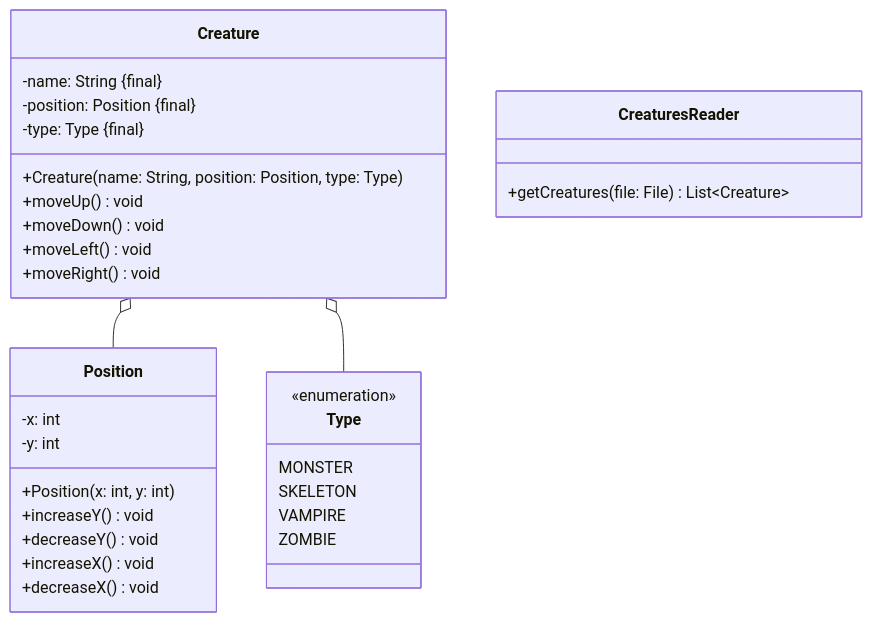
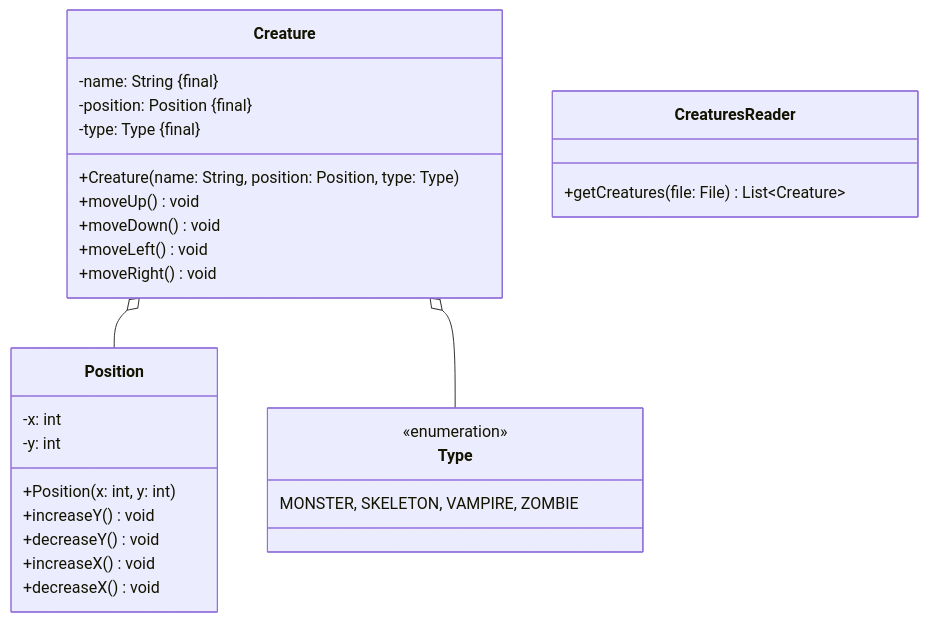
One commit to jappuccini/java-docs changed the diagram in docs/exam-exercises/exam-exercises-java1/class-diagrams/creature.md. Above: the diagram before and after it, drawn with Mermaid. The commit also changed 6 other files, not shown here.

````diff
--- a/docs/exam-exercises/exam-exercises-java1/class-diagrams/creature.md
+++ b/docs/exam-exercises/exam-exercises-java1/class-diagrams/creature.md
@@ -12,38 +12,35 @@
 ```mermaid
 classDiagram
     Creature o-- Position
     Creature o-- Type
 
     class Creature {
         -name: String #123;final#125;
         -position: Position #123;final#125;
         -type: Type #123;final#125;
         +Creature(name: String, position: Position, type: Type)
         +moveUp() void
         +moveDown() void
         +moveLeft() void
         +moveRight() void
     }
 
     class Type {
         <<enumeration>>
-        MONSTER
-        SKELETON
-        VAMPIRE
-        ZOMBIE
+        MONSTER, SKELETON, VAMPIRE, ZOMBIE
     }
 
     class Position {
         -x: int
         -y: int
         +Position(x: int, y: int)
         +increaseY() void
         +decreaseY() void
         +increaseX() void
         +decreaseX() void
     }
 
     class CreaturesReader {
         +getCreatures(file: File) List~Creature~
     }
 ```
````
